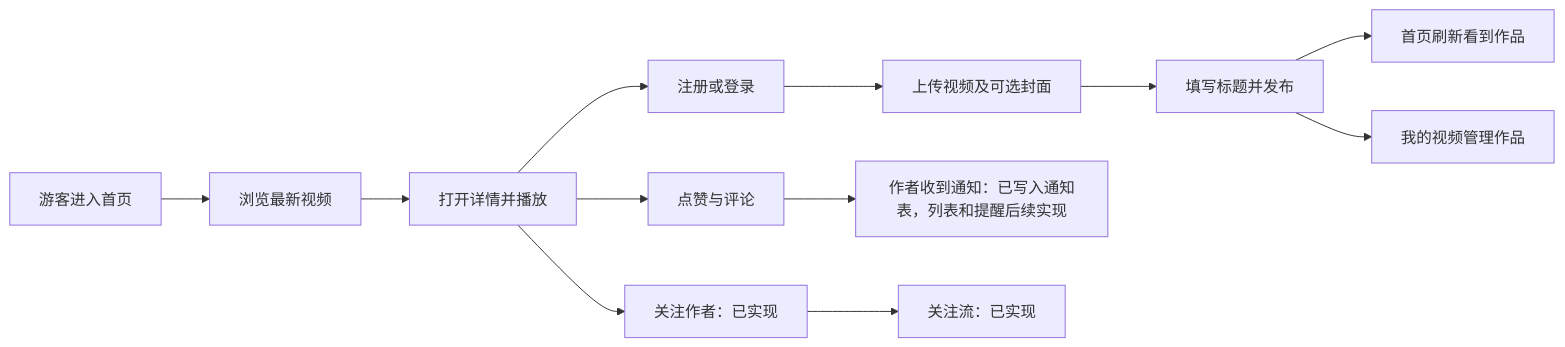
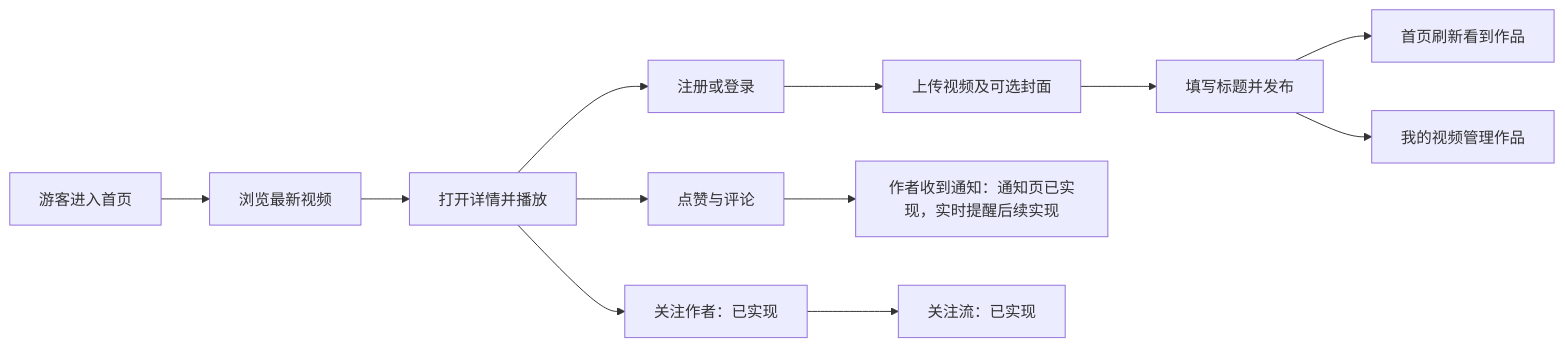
One commit to P3anut3/GoStream changed the first of 2 diagrams in docs/learning/00_project_roadmap.md. Above: the diagram before and after it, drawn with Mermaid. The commit also changed other lines of this file and 32 other files, not shown here.

````diff
--- a/docs/learning/00_project_roadmap.md
+++ b/docs/learning/00_project_roadmap.md
@@ -17,14 +17,14 @@
 ```mermaid
 flowchart LR
     A[游客进入首页] --> B[浏览最新视频]
     B --> C[打开详情并播放]
     C --> D[注册或登录]
     D --> E[上传视频及可选封面]
     E --> F[填写标题并发布]
     F --> G[首页刷新看到作品]
     F --> H[我的视频管理作品]
     C --> I[点赞与评论]
-    I --> J[作者收到通知：已写入通知表，列表和提醒后续实现]
+    I --> J[作者收到通知：通知页已实现，实时提醒后续实现]
     C --> K[关注作者：已实现]
     K --> L[关注流：已实现]
 ```
````
